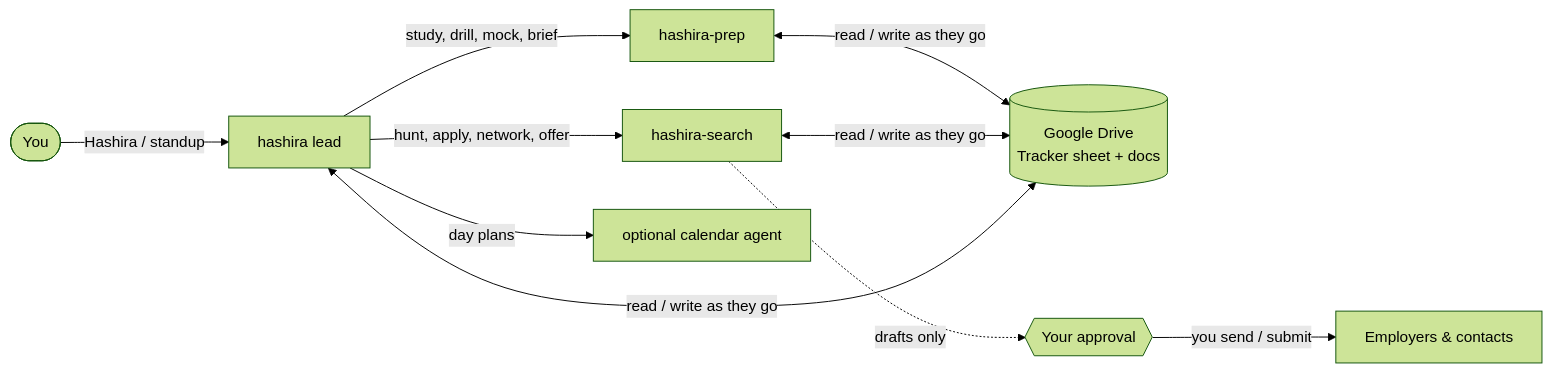
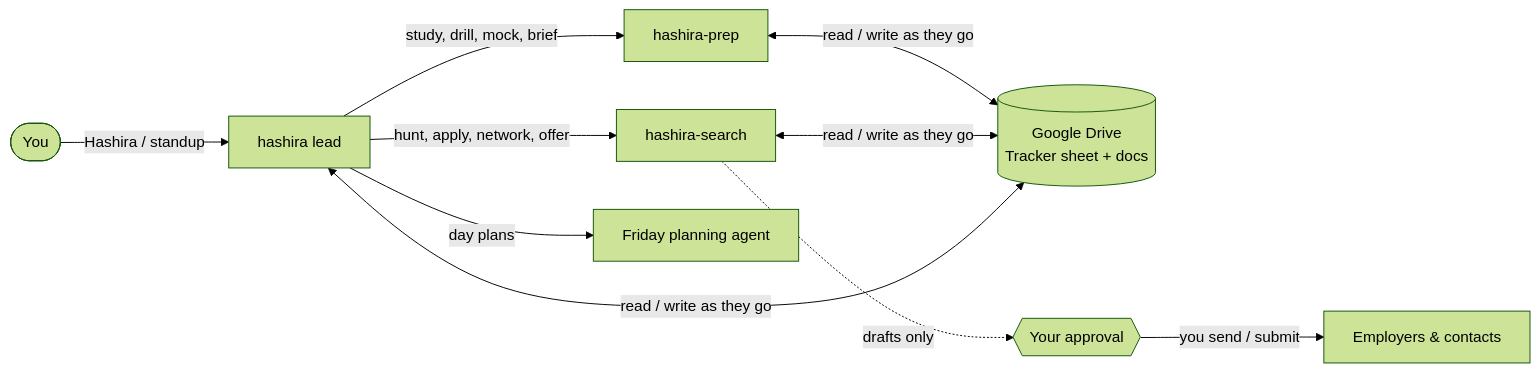
The first of 2 diagrams in README.md (Sohanpatro/hashira-the-complete-job-agent), drawn with Mermaid (forest theme) before and after one commit. The commit also changed other lines of this file, not shown here.

First line of the commit message:
README: link Friday planning agent

````diff
--- a/README.md
+++ b/README.md
@@ -48,10 +49,10 @@
 ```mermaid
 flowchart LR
     U([You]) -->|"Hashira / standup"| L[hashira lead]
     L -->|study, drill, mock, brief| P[hashira-prep]
     L -->|hunt, apply, network, offer| S[hashira-search]
     P & S & L <-->|read / write as they go| D[(Google Drive<br/>Tracker sheet + docs)]
-    L -->|day plans| F[optional calendar agent]
+    L -->|day plans| F[Friday planning agent]
     S -.->|drafts only| A{{Your approval}}
     A -->|you send / submit| W[Employers & contacts]
 ```
````
